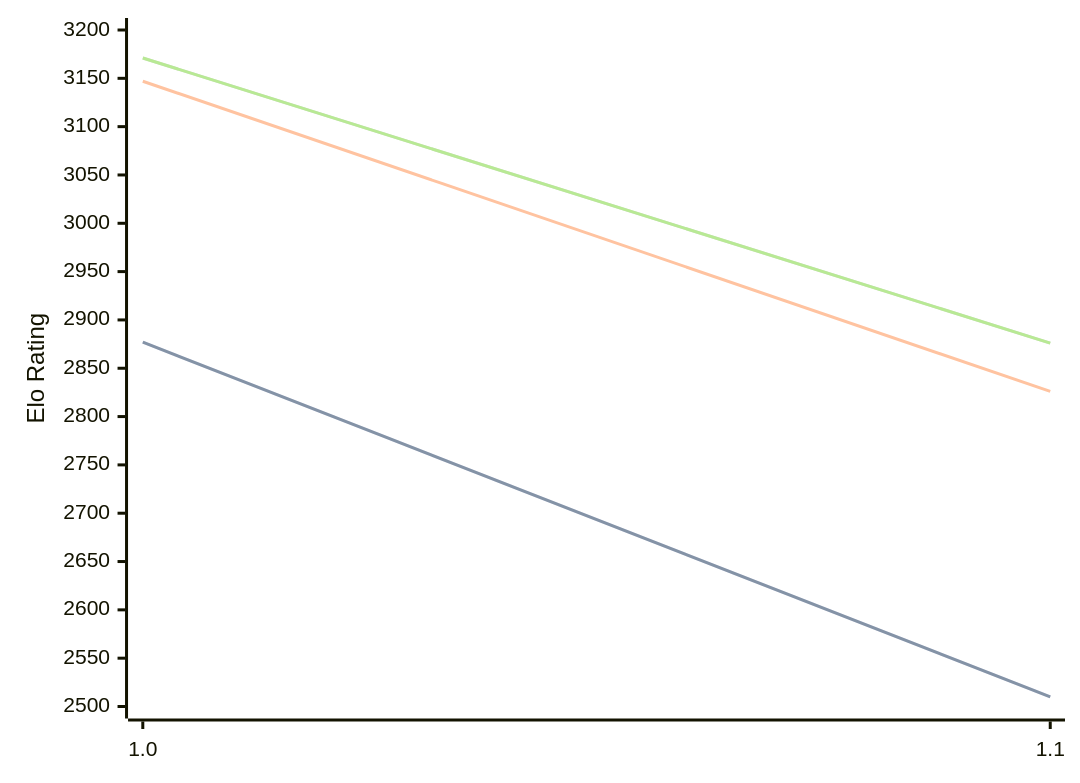
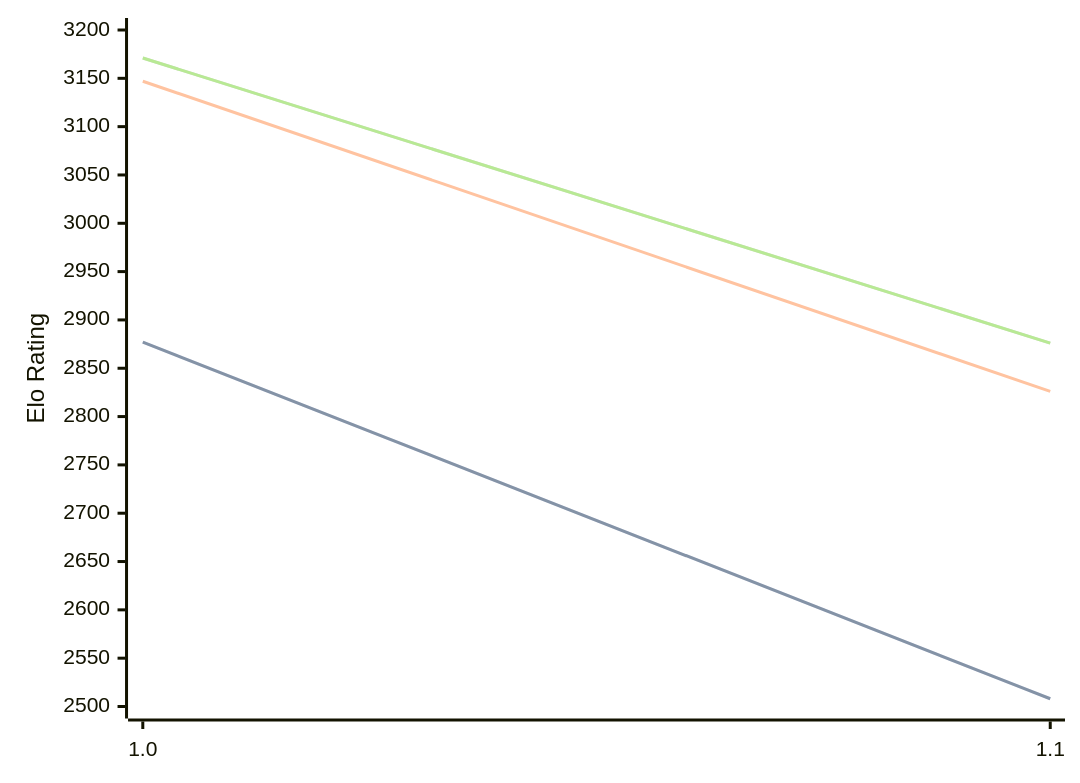
Before and after one commit to computer-chess-index/cci: the diagram in engines/Publius.md, drawn with Mermaid. The commit also changed other lines of this file, not shown here.

Commit message:
Update CCI Ratings (ELO VLTC) - 2026-02-18

````diff
--- a/engines/Publius.md
+++ b/engines/Publius.md
@@ -29,11 +29,11 @@
 ```mermaid
 %%{init: {"theme":"base","themeVariables":{"seriesColors:['#a3a3a3','#222221','#faa371']}}}%%
 xychart-beta
   x-axis ["1.0", "1.1"]
   y-axis "Elo Rating" 2500 --> 3200
-  line "STC (8.0+0.08s)" [2877, 2510]
-  line "STC (8.0+0.08s)" [2877, 2510]
+  line "STC (8.0+0.08s)" [2877, 2508]
+  line "STC (8.0+0.08s)" [2877, 2508]
   line "LTC (60.0+0.60s)" [3147, 2826]
   line "VLTC (2m24s+1.12s)" [3171, 2876]
   line "VLTC (2m24s+1.12s)" [3171, 2876]
 ```
````
